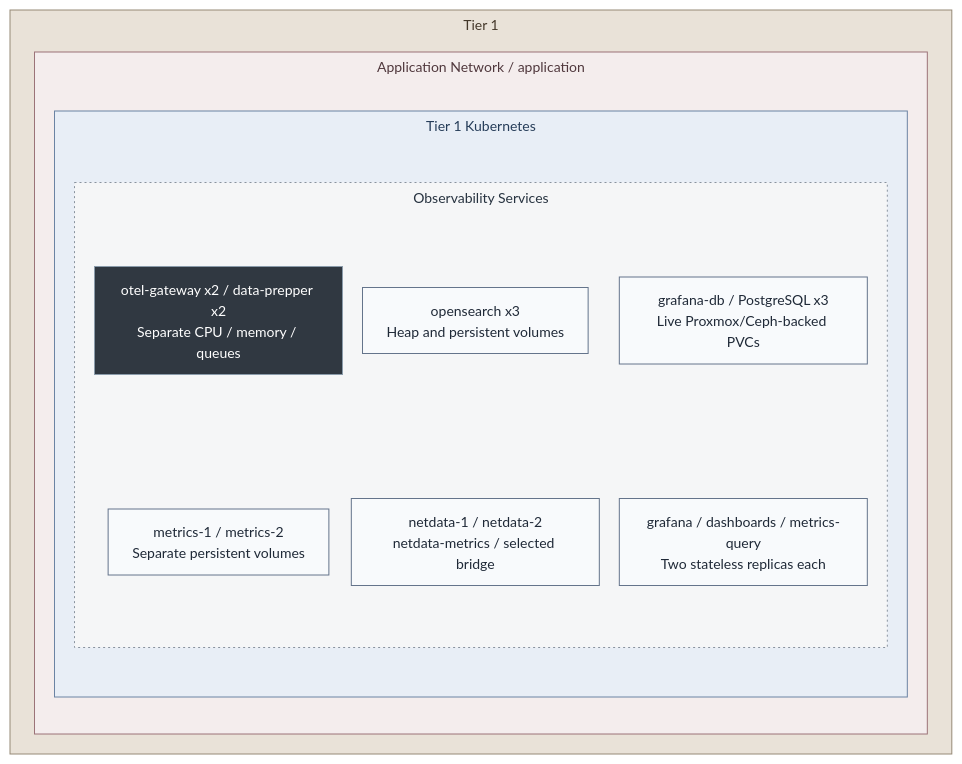
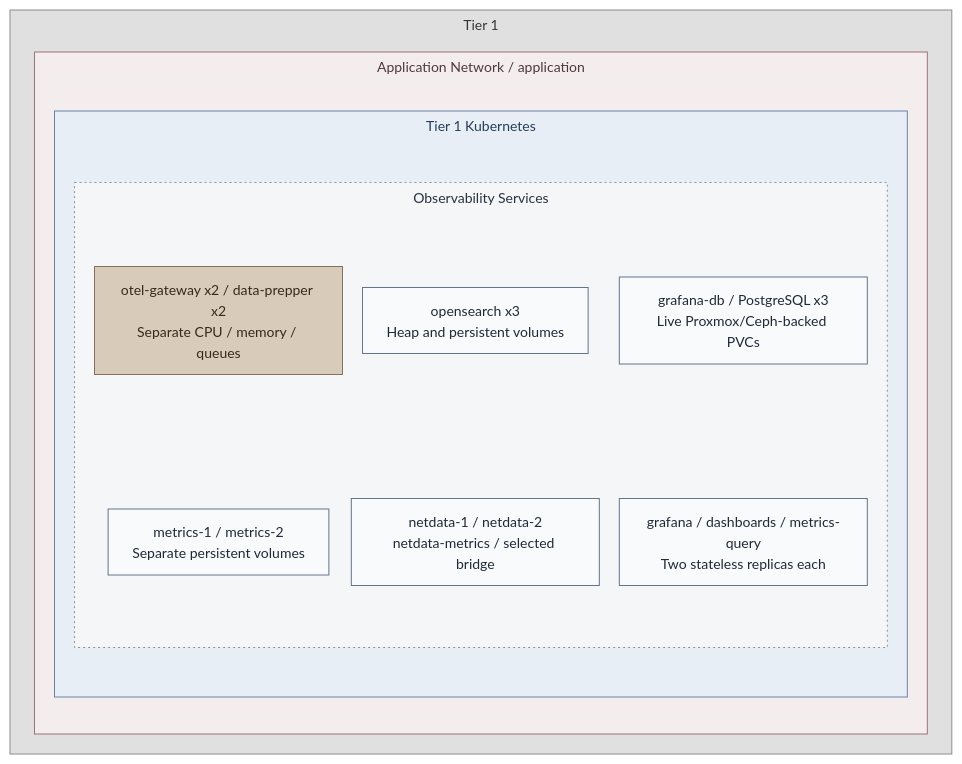
One commit to Rexus/homelab changed the first of 4 diagrams in docs/03-deployment/stage-08-observability/README.md. Above: the diagram before and after it, drawn with Mermaid. The commit also changed other lines of this file and 91 other files, not shown here.

First line of the commit message:
docs(operations): document VMID cutover and align diagram colors

````diff
--- a/docs/03-deployment/stage-08-observability/README.md
+++ b/docs/03-deployment/stage-08-observability/README.md
@@ -19,36 +19,36 @@
 ```mermaid
 %%{init: {"theme":"base","flowchart":{"nodeSpacing":20,"rankSpacing":24,"padding":12,"subGraphTitleMargin":{"top":4,"bottom":18}},"themeVariables":{"lineColor":"#627581","edgeLabelBackground":"#f8fafc","fontFamily":"Arial, sans-serif","fontSize":"14px"},"fontFamily":"Arial, sans-serif"}}%%
 flowchart TB
   subgraph T1["Tier 1"]
     subgraph ApplicationNetwork["Application Network / application"]
       subgraph Cluster["Tier 1 Kubernetes"]
         subgraph Project["Observability Services"]
           direction TB
           Gateways["otel-gateway x2 / data-prepper x2<br/>Separate CPU / memory / queues"]
           Metrics["metrics-1 / metrics-2<br/>Separate persistent volumes"]
           Search["opensearch x3<br/>Heap and persistent volumes"]
           Diagnostics["netdata-1 / netdata-2<br/>netdata-metrics / selected bridge"]
           Database["grafana-db / PostgreSQL x3<br/>Live Proxmox/Ceph-backed PVCs"]
           UIs["grafana / dashboards / metrics-query<br/>Two stateless replicas each"]
           Gateways ~~~ Metrics
           Search ~~~ Diagnostics
           Database ~~~ UIs
         end
       end
     end
   end
   classDef default fill:#f8fafc,stroke:#64748b,color:#1f2937
   classDef services fill:#e7f0fc,stroke:#4d719b,color:#203a5b
   classDef runtime fill:#d9eeec,stroke:#4d7b77,color:#173f3e
   classDef replicas fill:#f5f6f7,stroke:#89939e,color:#273340,stroke-dasharray:2 3
   class Project replicas
   classDef kubernetes fill:#e8eef6,stroke:#6b83a3,color:#263d59
   class Cluster kubernetes
-  classDef traffic fill:#303841,stroke:#8a9baa,color:#ffffff
+  classDef traffic fill:#d8cbb9,stroke:#83715a,color:#352a1e
   class Gateways traffic
-  classDef tier1 fill:#e9e2d8,stroke:#968976,color:#44382a
+  classDef tier1 fill:#e0e0e0,stroke:#8c8c8c,color:#363636
   class T1 tier1
   classDef zoneServices fill:#e1eaf6,stroke:#4d719b,color:#203a5b
   classDef network fill:#f4eded,stroke:#9b7378,color:#50383d
   class ApplicationNetwork network
 ```
````
